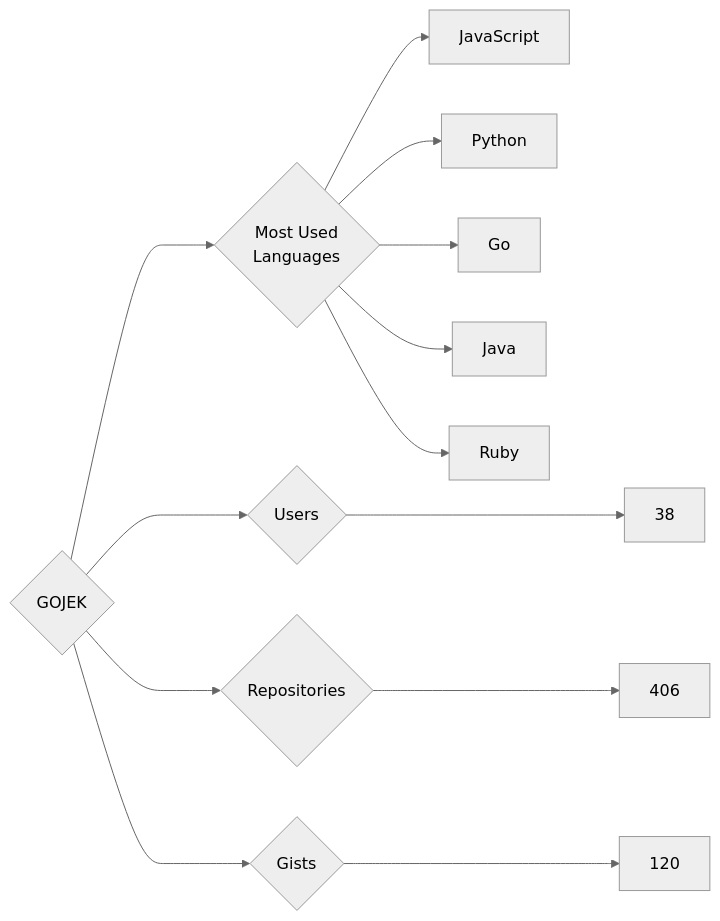
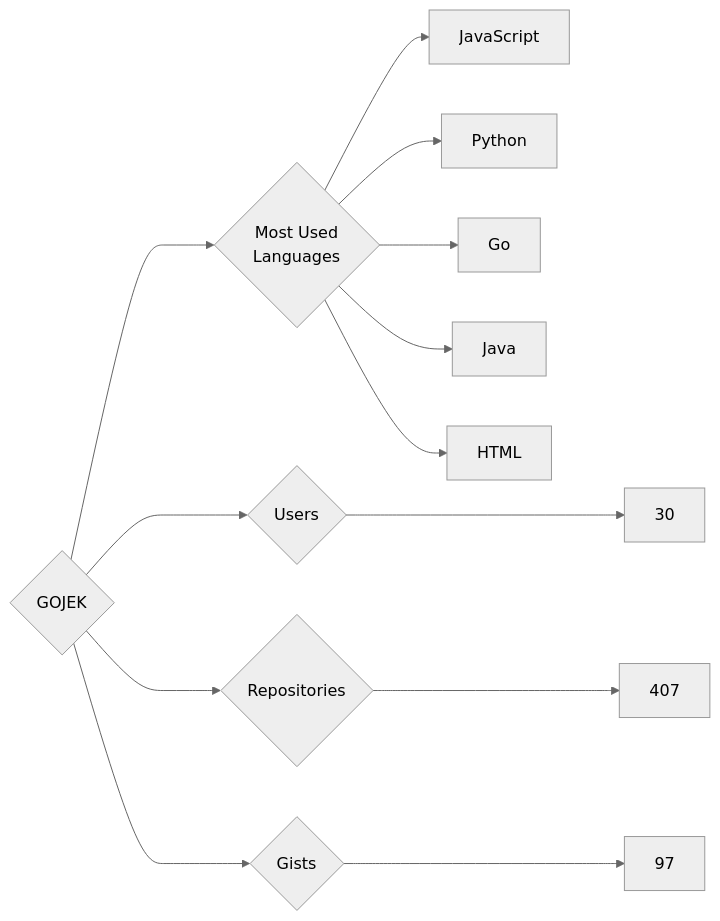
Before and after one commit to trickest/insiders: the diagram in targets/GOJEK/README.md, drawn with Mermaid (neutral theme). The commit also changed 935 other files, not shown here.

````diff
--- a/targets/GOJEK/README.md
+++ b/targets/GOJEK/README.md
@@ -3,13 +3,13 @@
 ```mermaid
 graph LR
 COMPANY_NAME{GOJEK}
-COMPANY_NAME ---> U{Users} ---> UN[38]
-COMPANY_NAME ---> R{Repositories} ---> RN[406]
-COMPANY_NAME ---> G{Gists} ---> GN[120]
+COMPANY_NAME ---> U{Users} ---> UN[30]
+COMPANY_NAME ---> R{Repositories} ---> RN[407]
+COMPANY_NAME ---> G{Gists} ---> GN[97]
 COMPANY_NAME ---> ML{Most Used<br>Languages}
 ML --> JavaScript[JavaScript]
 ML --> Python[Python]
 ML --> Go[Go]
 ML --> Java[Java]
-ML --> Ruby[Ruby]
+ML --> HTML[HTML]
 ```
````
